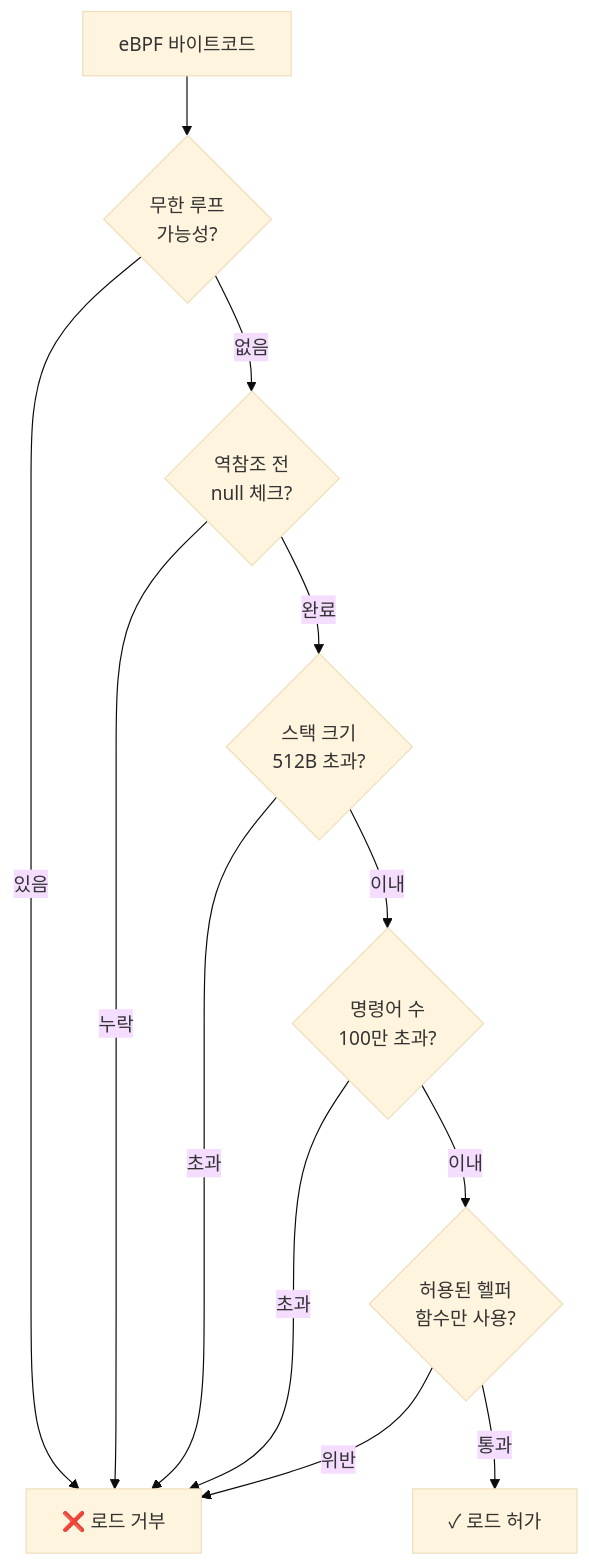
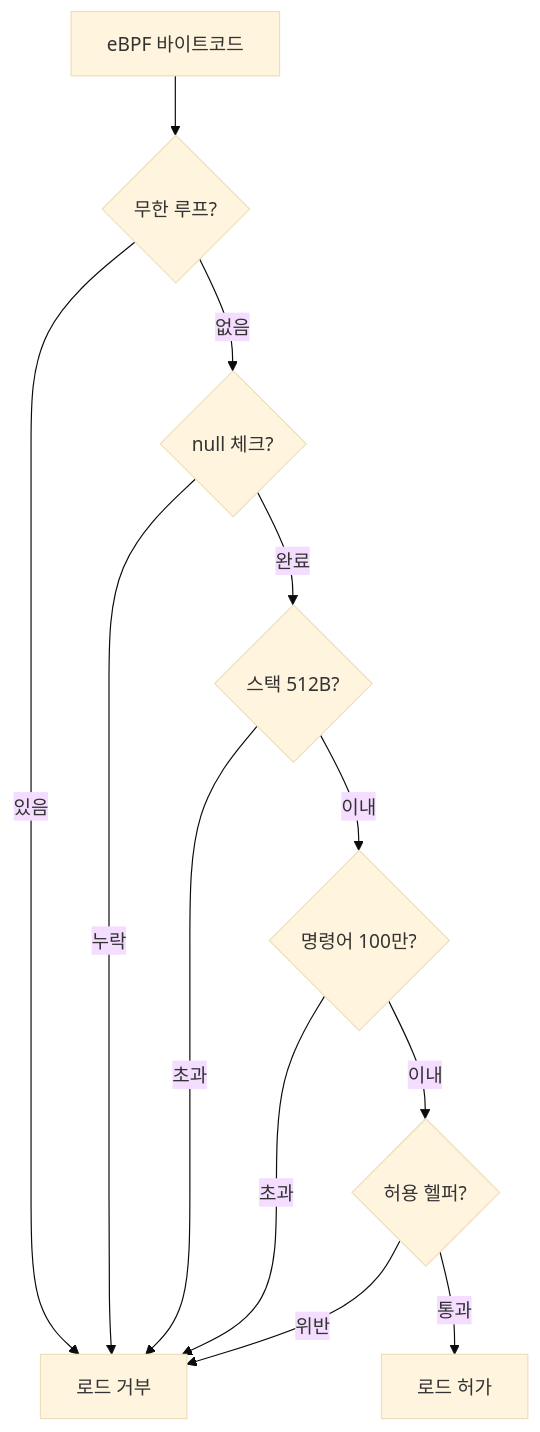
The sixth of 6 diagrams in content/linux/performance/ebpf-performance.md (moonblueblue/devops-wiki), drawn with Mermaid (base theme) before and after one commit. The commit also changed other lines of this file and 12 other files, not shown here.

First line of the commit message:
style: linux 섹션 전체 ASCII art 제거 및 Mermaid 규칙 적용

````diff
--- a/content/linux/performance/ebpf-performance.md
+++ b/content/linux/performance/ebpf-performance.md
@@ -921,14 +916,14 @@
 ```mermaid
 flowchart TD
-    A["eBPF 바이트코드"] --> B{"무한 루프\n가능성?"}
-    B -->|"있음"| FAIL["❌ 로드 거부"]
-    B -->|"없음"| C{"역참조 전\nnull 체크?"}
+    A["eBPF 바이트코드"] --> B{"무한 루프?"}
+    B -->|"있음"| FAIL["로드 거부"]
+    B -->|"없음"| C{"null 체크?"}
     C -->|"누락"| FAIL
-    C -->|"완료"| D{"스택 크기\n512B 초과?"}
+    C -->|"완료"| D{"스택 512B?"}
     D -->|"초과"| FAIL
-    D -->|"이내"| E{"명령어 수\n100만 초과?"}
+    D -->|"이내"| E{"명령어 100만?"}
     E -->|"초과"| FAIL
-    E -->|"이내"| F{"허용된 헬퍼\n함수만 사용?"}
+    E -->|"이내"| F{"허용 헬퍼?"}
     F -->|"위반"| FAIL
-    F -->|"통과"| OK["✓ 로드 허가"]
+    F -->|"통과"| OK["로드 허가"]
 ```
````
